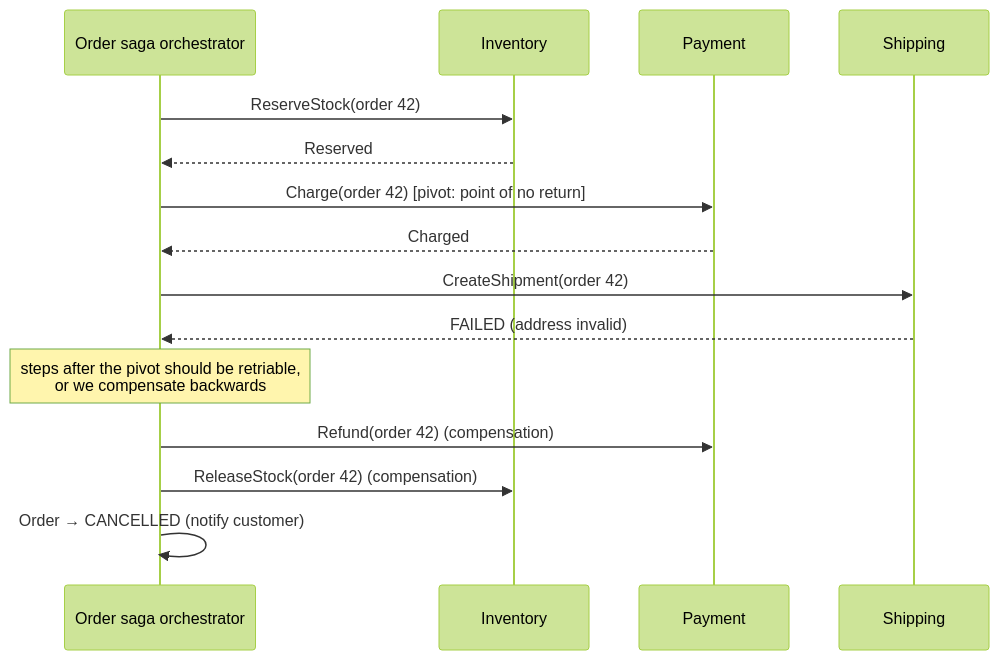
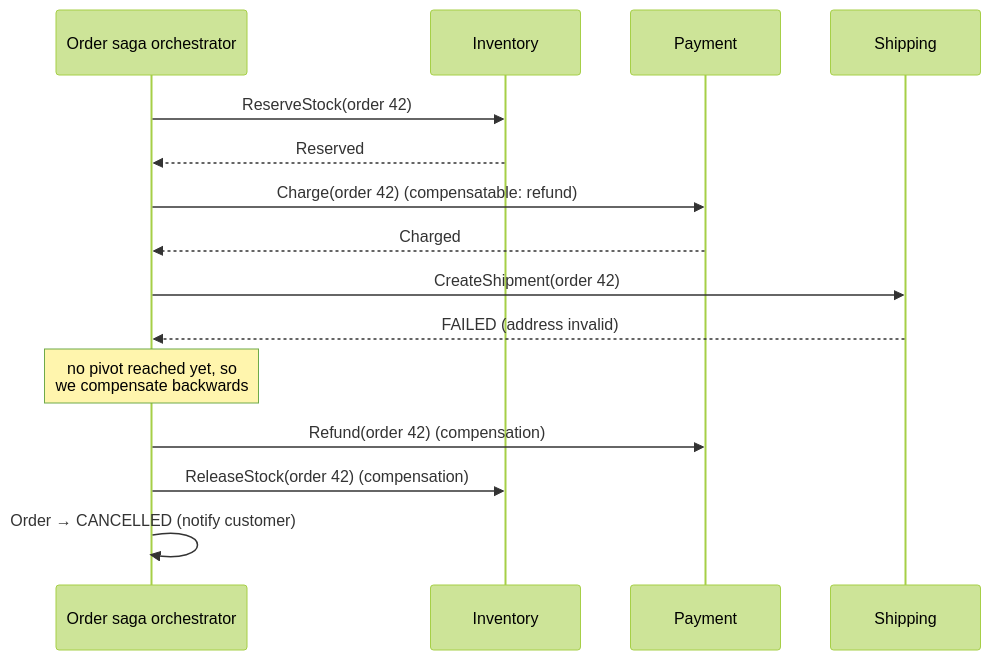
One commit to vishalhulawale/knowledge-base changed the second of 2 diagrams in docs/distributed-systems/06-distributed-transactions-2pc-vs-saga.md. Above: the diagram before and after it, drawn with Mermaid (forest theme). The commit also changed other lines of this file and 21 other files, not shown here.

````diff
--- a/docs/distributed-systems/06-distributed-transactions-2pc-vs-saga.md
+++ b/docs/distributed-systems/06-distributed-transactions-2pc-vs-saga.md
@@ -63,17 +63,17 @@
 ```mermaid
 sequenceDiagram
     participant O as Order saga orchestrator
     participant INV as Inventory
     participant PAY as Payment
     participant SHP as Shipping
     O->>INV: ReserveStock(order 42)
     INV-->>O: Reserved
-    O->>PAY: Charge(order 42)  [pivot: point of no return]
+    O->>PAY: Charge(order 42)  (compensatable: refund)
     PAY-->>O: Charged
     O->>SHP: CreateShipment(order 42)
     SHP-->>O: FAILED (address invalid)
-    Note over O: steps after the pivot should be retriable,<br/>or we compensate backwards
+    Note over O: no pivot reached yet, so<br/>we compensate backwards
     O->>PAY: Refund(order 42)  (compensation)
     O->>INV: ReleaseStock(order 42)  (compensation)
     O->>O: Order → CANCELLED (notify customer)
 ```
````
